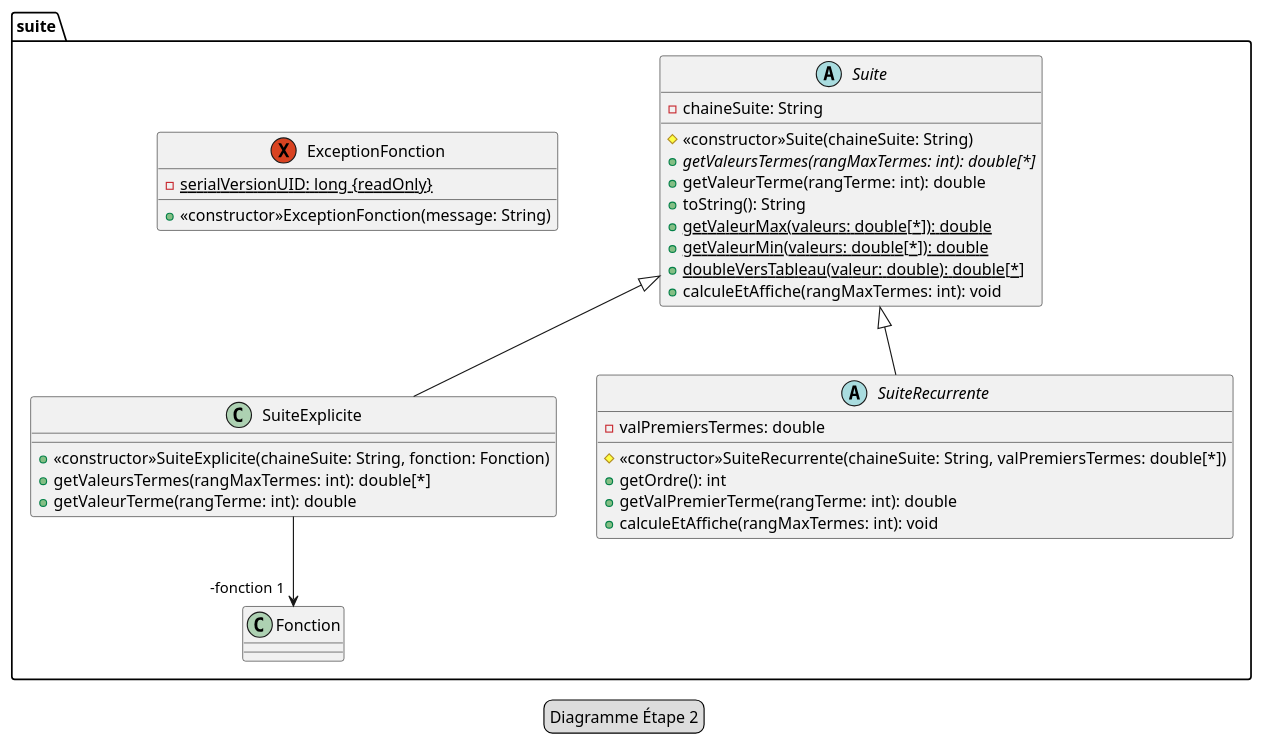
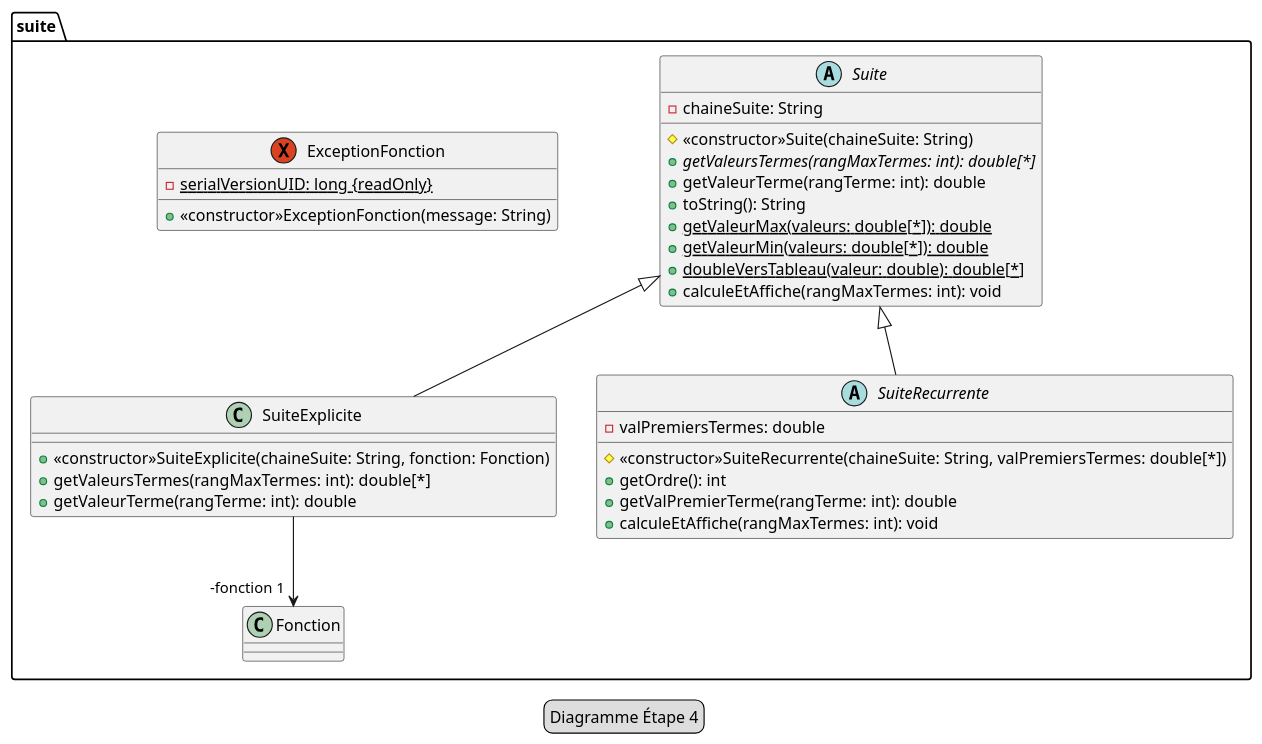
One commit to carlkolodziejski/sweet changed the diagram in plantuml/etape_4_diagramme.puml. Above: the diagram before and after it, drawn with PlantUML. The commit also changed 1 other file, not shown here.

```diff
--- a/plantuml/etape_4_diagramme.puml
+++ b/plantuml/etape_4_diagramme.puml
@@ -1,42 +1,42 @@
 @startuml
-legend Diagramme Étape 2
+legend Diagramme Étape 4
 
 package suite {
     abstract class Suite {
         -chaineSuite: String
 
         #<<constructor>>Suite(chaineSuite: String)
         +{abstract}getValeursTermes(rangMaxTermes: int): double[*]
         +getValeurTerme(rangTerme: int): double
         +toString(): String
         +{static}getValeurMax(valeurs: double[*]): double
         +{static}getValeurMin(valeurs: double[*]): double
         +{static}doubleVersTableau(valeur: double): double[*]
         +calculeEtAffiche(rangMaxTermes: int): void
     }
 
     class SuiteExplicite extends Suite {
         +<<constructor>>SuiteExplicite(chaineSuite: String, fonction: Fonction)
         +getValeursTermes(rangMaxTermes: int): double[*]
         +getValeurTerme(rangTerme: int): double
     }
 
     exception ExceptionFonction {
         -{static}serialVersionUID: long {readOnly}
         +<<constructor>>ExceptionFonction(message: String)
     }
 
     class Fonction {
     }
 
     abstract class SuiteRecurrente extends Suite {
         -valPremiersTermes: double
         #<<constructor>>SuiteRecurrente(chaineSuite: String, valPremiersTermes: double[*])
         +getOrdre(): int
         +getValPremierTerme(rangTerme: int): double
         +calculeEtAffiche(rangMaxTermes: int): void
 
     }
 }
 SuiteExplicite --> "-fonction 1" Fonction
 @enduml
```
